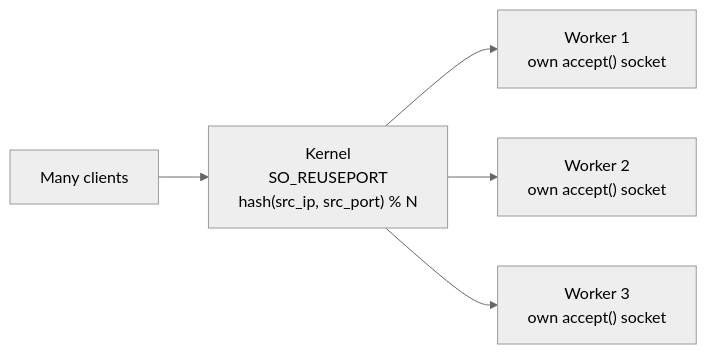
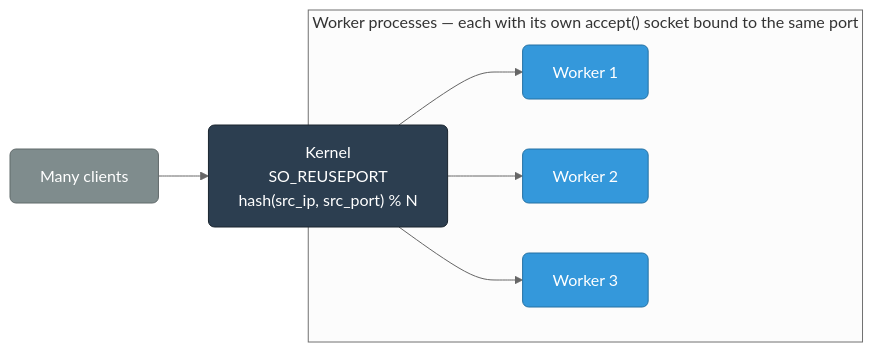
One commit to deepanshu-rawat6/DevOpsIndex changed the sixth of 6 diagrams in networking/linux-networking.md. Above: the diagram before and after it, drawn with Mermaid (neutral theme). The commit also changed other lines of this file and 8 other files, not shown here.

````diff
--- a/networking/linux-networking.md
+++ b/networking/linux-networking.md
@@ -174,7 +396,18 @@
 ```mermaid
 graph LR
-    CLIENTS["Many clients"] --> KERNEL["Kernel<br>SO_REUSEPORT<br>hash(src_ip, src_port) % N"]
-    KERNEL --> W1["Worker 1<br>own accept() socket"]
-    KERNEL --> W2["Worker 2<br>own accept() socket"]
-    KERNEL --> W3["Worker 3<br>own accept() socket"]
+    classDef clients fill:#7f8c8d,stroke:#616a6b,color:#fff,rx:6
+    classDef kernel fill:#2c3e50,stroke:#1a252f,color:#fff,rx:6
+    classDef worker fill:#3498db,stroke:#2471a3,color:#fff,rx:6
+
+    CLIENTS["Many clients"]:::clients --> KERNEL["Kernel<br/>SO_REUSEPORT<br/>hash(src_ip, src_port) % N"]:::kernel
+
+    subgraph WORKERS["Worker processes — each with its own accept() socket bound to the same port"]
+        W1["Worker 1"]:::worker
+        W2["Worker 2"]:::worker
+        W3["Worker 3"]:::worker
+    end
+
+    KERNEL --> W1
+    KERNEL --> W2
+    KERNEL --> W3
 ```
````
